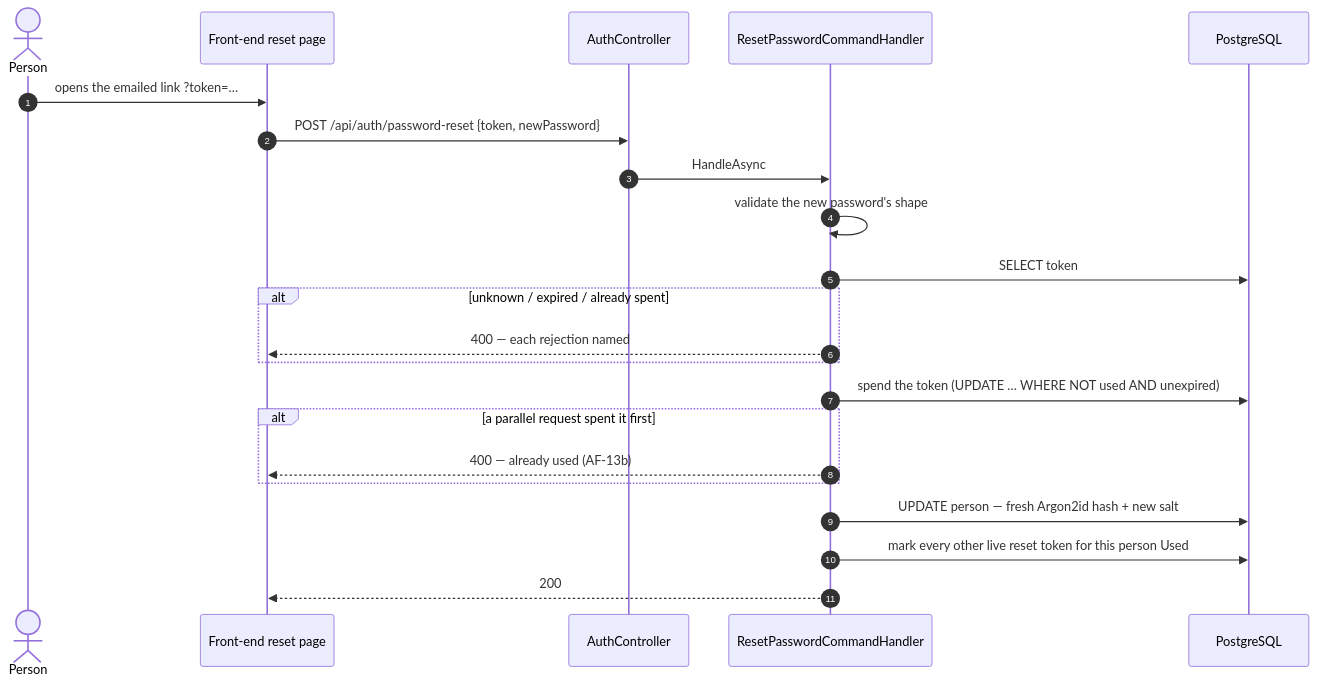
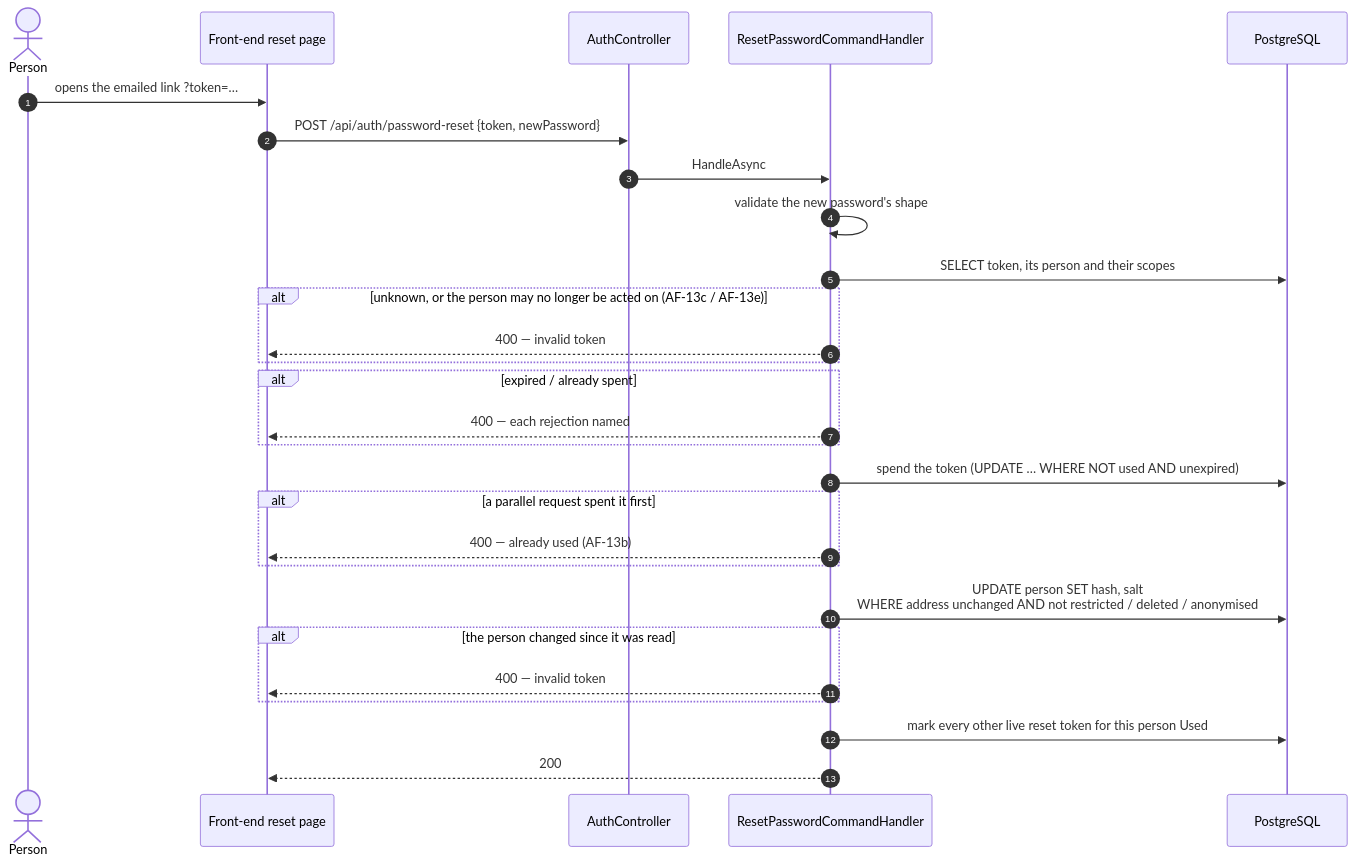
Before and after one commit to artur-rios/heimdall-api: the second of 2 diagrams in docs/content/en/docs/flows/password-recovery.md, drawn with Mermaid. The commit also changed other lines of this file and 14 other files, not shown here.

````diff
--- a/docs/content/en/docs/flows/password-recovery.md
+++ b/docs/content/en/docs/flows/password-recovery.md
@@ -76,25 +76,31 @@
 ```mermaid
 sequenceDiagram
     autonumber
     actor P as Person
     participant FE as Front-end reset page
     participant AC as AuthController
     participant H as ResetPasswordCommandHandler
     participant DB as PostgreSQL
 
     P->>FE: opens the emailed link ?token=…
     FE->>AC: POST /api/auth/password-reset {token, newPassword}
     AC->>H: HandleAsync
     H->>H: validate the new password's shape
-    H->>DB: SELECT token
-    alt unknown / expired / already spent
+    H->>DB: SELECT token, its person and their scopes
+    alt unknown, or the person may no longer be acted on (AF-13c / AF-13e)
+        H-->>FE: 400 — invalid token
+    end
+    alt expired / already spent
         H-->>FE: 400 — each rejection named
     end
     H->>DB: spend the token (UPDATE … WHERE NOT used AND unexpired)
     alt a parallel request spent it first
         H-->>FE: 400 — already used (AF-13b)
     end
-    H->>DB: UPDATE person — fresh Argon2id hash + new salt
+    H->>DB: UPDATE person SET hash, salt<br/>WHERE address unchanged AND not restricted / deleted / anonymised
+    alt the person changed since it was read
+        H-->>FE: 400 — invalid token
+    end
     H->>DB: mark every other live reset token for this person Used
     H-->>FE: 200
 ```
````
